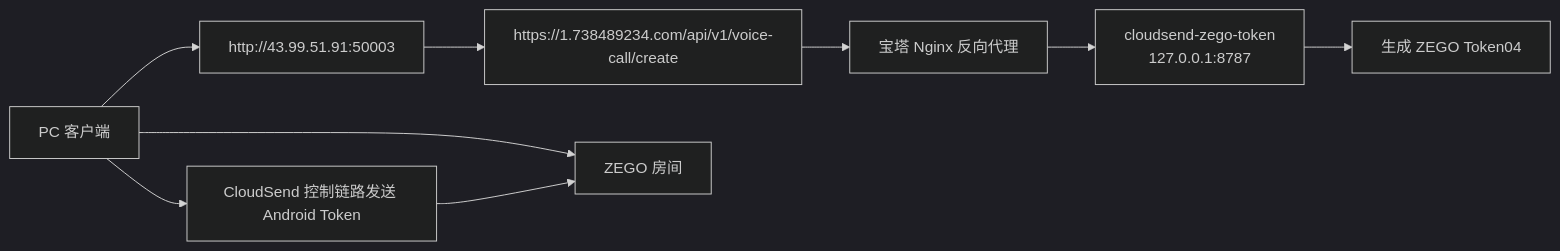
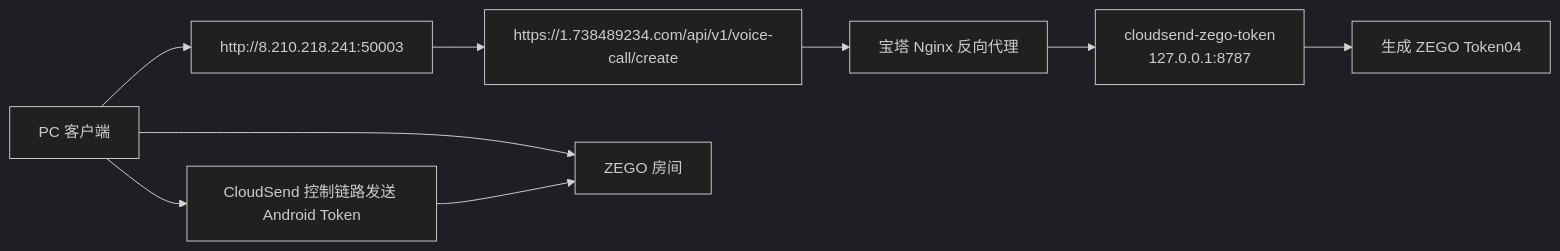
Before and after one commit to Super-Build/Cloudsend: the diagram in docs/ZEGO_TOKEN_SERVICE_DEPLOYMENT.md, drawn with Mermaid (dark theme). The commit also changed other lines of this file and 10 other files, not shown here.

````diff
--- a/docs/ZEGO_TOKEN_SERVICE_DEPLOYMENT.md
+++ b/docs/ZEGO_TOKEN_SERVICE_DEPLOYMENT.md
@@ -40,11 +40,11 @@
 ```mermaid
 flowchart LR
-    PC["PC 客户端"] --> Proxy["http://43.99.51.91:50003"]
+    PC["PC 客户端"] --> Proxy["http://8.210.218.241:50003"]
     Proxy --> Domain["https://1.738489234.com/api/v1/voice-call/create"]
     Domain --> Nginx["宝塔 Nginx 反向代理"]
     Nginx --> Go["cloudsend-zego-token<br/>127.0.0.1:8787"]
     Go --> Token["生成 ZEGO Token04"]
     PC --> Android["CloudSend 控制链路发送 Android Token"]
     PC --> Zego["ZEGO 房间"]
     Android --> Zego
 ```
````
